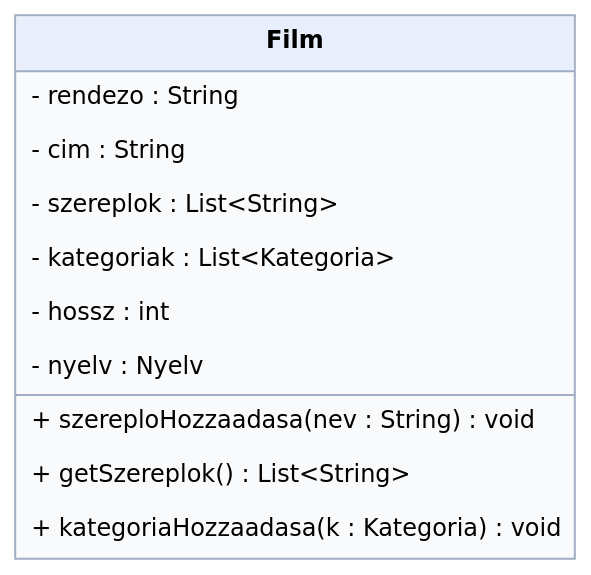
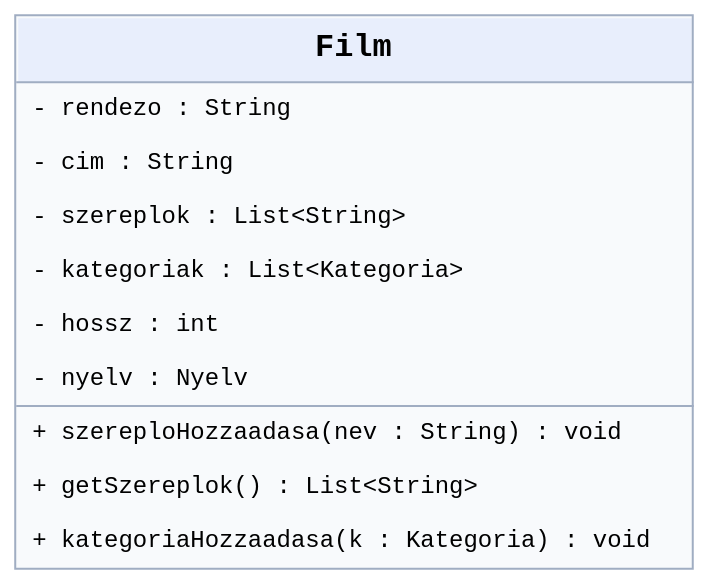
The diagram in content/chapters/03-adatrejtes/media/task3-hu.dot (edetroll/java-oop), drawn with Graphviz before and after one commit. The commit also changed 38 other files, not shown here.

```diff
--- a/content/chapters/03-adatrejtes/media/task3-hu.dot
+++ b/content/chapters/03-adatrejtes/media/task3-hu.dot
@@ -1,1 +1,1 @@
-digraph G { graph [bgcolor="transparent",pad="0.05"]; node [shape=plaintext,fontname="DejaVu Sans",fontsize=12]; a [label=<<TABLE BORDER="1" CELLBORDER="0" CELLSPACING="0" CELLPADDING="7" COLOR="#a0adc2" BGCOLOR="#f8fafc"><TR><TD BGCOLOR="#e8eefc"><B>Film</B></TD></TR><HR/><TR><TD ALIGN="LEFT" BALIGN="LEFT">- rendezo : String</TD></TR><TR><TD ALIGN="LEFT" BALIGN="LEFT">- cim : String</TD></TR><TR><TD ALIGN="LEFT" BALIGN="LEFT">- szereplok : List&lt;String&gt;</TD></TR><TR><TD ALIGN="LEFT" BALIGN="LEFT">- kategoriak : List&lt;Kategoria&gt;</TD></TR><TR><TD ALIGN="LEFT" BALIGN="LEFT">- hossz : int</TD></TR><TR><TD ALIGN="LEFT" BALIGN="LEFT">- nyelv : Nyelv</TD></TR><HR/><TR><TD ALIGN="LEFT" BALIGN="LEFT">+ szereploHozzaadasa(nev : String) : void</TD></TR><TR><TD ALIGN="LEFT" BALIGN="LEFT">+ getSzereplok() : List&lt;String&gt;</TD></TR><TR><TD ALIGN="LEFT" BALIGN="LEFT">+ kategoriaHozzaadasa(k : Kategoria) : void</TD></TR></TABLE>>]; }
+digraph G { graph [bgcolor="transparent",pad="0.05"]; node [shape=plaintext,fontname="Liberation Mono",fontsize=12]; a [label=<<TABLE BORDER="1" CELLBORDER="0" CELLSPACING="0" CELLPADDING="7" COLOR="#a0adc2" BGCOLOR="#f8fafc"><TR><TD BGCOLOR="#e8eefc"><FONT FACE="Liberation Mono" POINT-SIZE="16"><B>Film</B></FONT></TD></TR><HR/><TR><TD ALIGN="LEFT" BALIGN="LEFT">- rendezo : String</TD></TR><TR><TD ALIGN="LEFT" BALIGN="LEFT">- cim : String</TD></TR><TR><TD ALIGN="LEFT" BALIGN="LEFT">- szereplok : List&lt;String&gt;</TD></TR><TR><TD ALIGN="LEFT" BALIGN="LEFT">- kategoriak : List&lt;Kategoria&gt;</TD></TR><TR><TD ALIGN="LEFT" BALIGN="LEFT">- hossz : int</TD></TR><TR><TD ALIGN="LEFT" BALIGN="LEFT">- nyelv : Nyelv</TD></TR><HR/><TR><TD ALIGN="LEFT" BALIGN="LEFT">+ szereploHozzaadasa(nev : String) : void</TD></TR><TR><TD ALIGN="LEFT" BALIGN="LEFT">+ getSzereplok() : List&lt;String&gt;</TD></TR><TR><TD ALIGN="LEFT" BALIGN="LEFT">+ kategoriaHozzaadasa(k : Kategoria) : void</TD></TR></TABLE>>]; }
```
